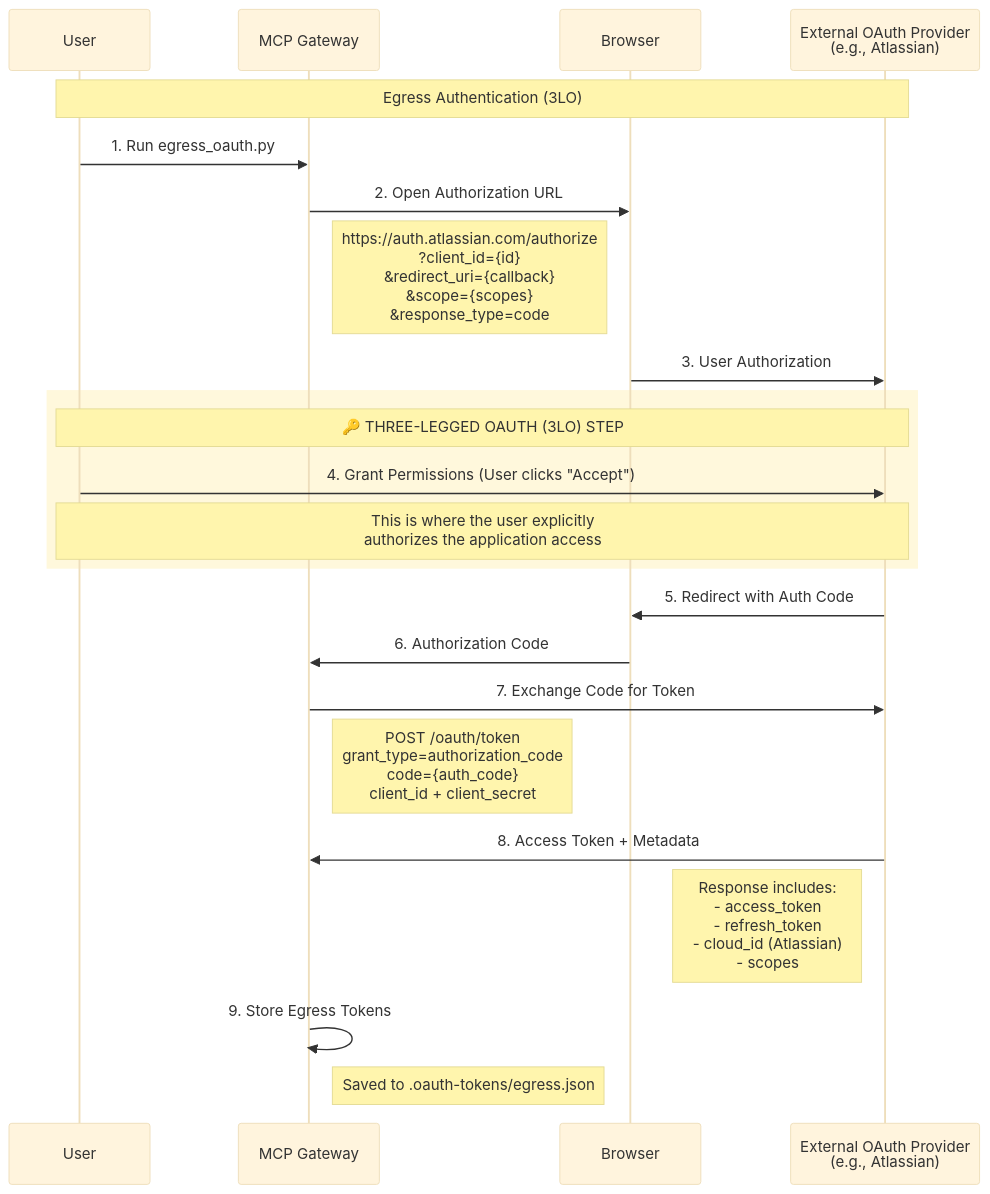
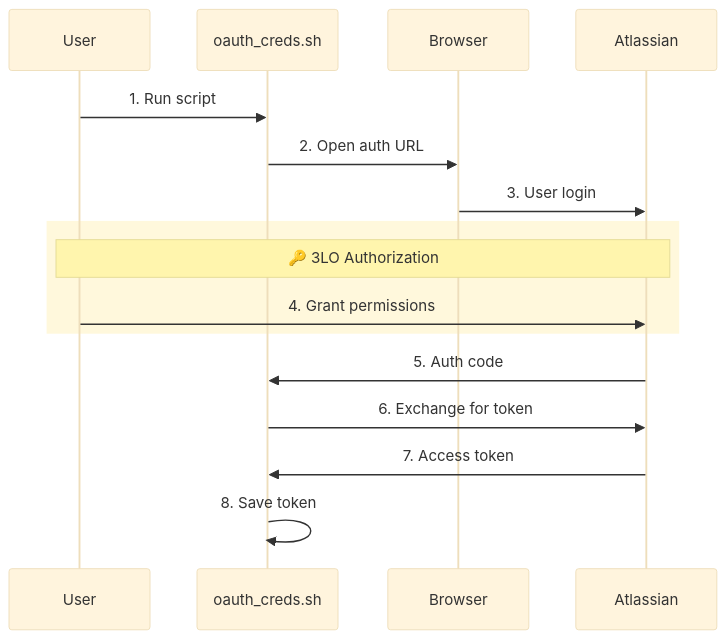
Before and after one commit to ascending-llc/mcp-gateway-registry: the third of 3 diagrams in docs/auth.md, drawn with Mermaid (base theme). The commit also changed other lines of this file and 1 other file, not shown here.

First line of the commit message:
Reorganize authentication documentation for better developer experience

````diff
--- a/docs/auth.md
+++ b/docs/auth.md
@@ -195,33 +218,21 @@
 ```mermaid
 sequenceDiagram
     participant User
-    participant Gateway as MCP Gateway
+    participant CLI as oauth_creds.sh
     participant Browser
-    participant Provider as External OAuth Provider<br/>(e.g., Atlassian)
+    participant Provider as Atlassian
     
-    Note over User,Provider: Egress Authentication (3LO)
-    
-    User->>Gateway: 1. Run egress_oauth.py
-    Gateway->>Browser: 2. Open Authorization URL
-    Note right of Gateway: https://auth.atlassian.com/authorize<br/>?client_id={id}<br/>&redirect_uri={callback}<br/>&scope={scopes}<br/>&response_type=code
-    
-    Browser->>Provider: 3. User Authorization
+    User->>CLI: 1. Run script
+    CLI->>Browser: 2. Open auth URL
+    Browser->>Provider: 3. User login
     
     rect rgb(255, 248, 220)
-        Note over User,Provider: 🔑 THREE-LEGGED OAUTH (3LO) STEP
-        User->>Provider: 4. Grant Permissions (User clicks "Accept")
-        Note over User,Provider: This is where the user explicitly<br/>authorizes the application access
+        Note over User,Provider: 🔑 3LO Authorization
+        User->>Provider: 4. Grant permissions
     end
     
-    Provider->>Browser: 5. Redirect with Auth Code
-    Browser->>Gateway: 6. Authorization Code
-    
-    Gateway->>Provider: 7. Exchange Code for Token
-    Note right of Gateway: POST /oauth/token<br/>grant_type=authorization_code<br/>code={auth_code}<br/>client_id + client_secret
-    
-    Provider->>Gateway: 8. Access Token + Metadata
-    Note left of Provider: Response includes:<br/>- access_token<br/>- refresh_token<br/>- cloud_id (Atlassian)<br/>- scopes
-    
-    Gateway->>Gateway: 9. Store Egress Tokens
-    Note right of Gateway: Saved to .oauth-tokens/egress.json
+    Provider->>CLI: 5. Auth code
+    CLI->>Provider: 6. Exchange for token
+    Provider->>CLI: 7. Access token
+    CLI->>CLI: 8. Save token
 ```
````
